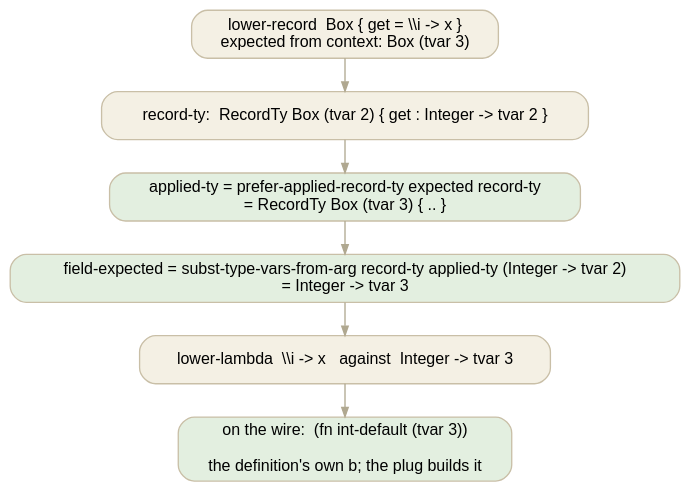
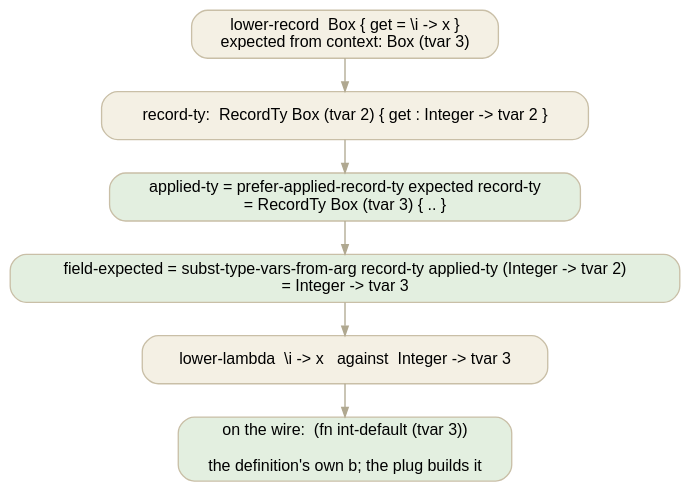
Before and after one commit to showell/essay-repl-server: the third of 4 diagrams in notes/the-declarations-variable.md, drawn with Graphviz. The commit also changed other lines of this file, not shown here.

Commit message:
notes: the declaration's variable -- lambda backslashes in the labels

````diff
--- a/notes/the-declarations-variable.md
+++ b/notes/the-declarations-variable.md
@@ -72,14 +72,14 @@
 ```dot
 digraph {
   rankdir=TB; bgcolor="transparent"; pad=0.2; nodesep=0.3; ranksep=0.35;
   node [shape=box style="rounded,filled" fillcolor="#f4f0e4" color="#c9bfa7" fontname="Helvetica" fontsize=12];
   edge [color="#b0a890" arrowsize=0.7 fontname="Helvetica" fontsize=10];
-  lr  [label="lower-record  Box { get = \\\\i -> x }\nexpected from context: Box (tvar 3)"];
+  lr  [label="lower-record  Box { get = \\i -> x }\nexpected from context: Box (tvar 3)"];
   rt  [label="record-ty:  RecordTy Box (tvar 2) { get : Integer -> tvar 2 }"];
   ap  [label="applied-ty = prefer-applied-record-ty expected record-ty\n= RecordTy Box (tvar 3) { .. }" fillcolor="#e3efe0"];
   fe  [label="field-expected = subst-type-vars-from-arg record-ty applied-ty (Integer -> tvar 2)\n= Integer -> tvar 3" fillcolor="#e3efe0"];
-  ll  [label="lower-lambda  \\\\i -> x   against  Integer -> tvar 3"];
+  ll  [label="lower-lambda  \\i -> x   against  Integer -> tvar 3"];
   wire [label="on the wire:  (fn int-default (tvar 3))\n\nthe definition's own b; the plug builds it" fillcolor="#e3efe0"];
   lr -> rt -> ap -> fe -> ll -> wire;
 }
 ```
````
